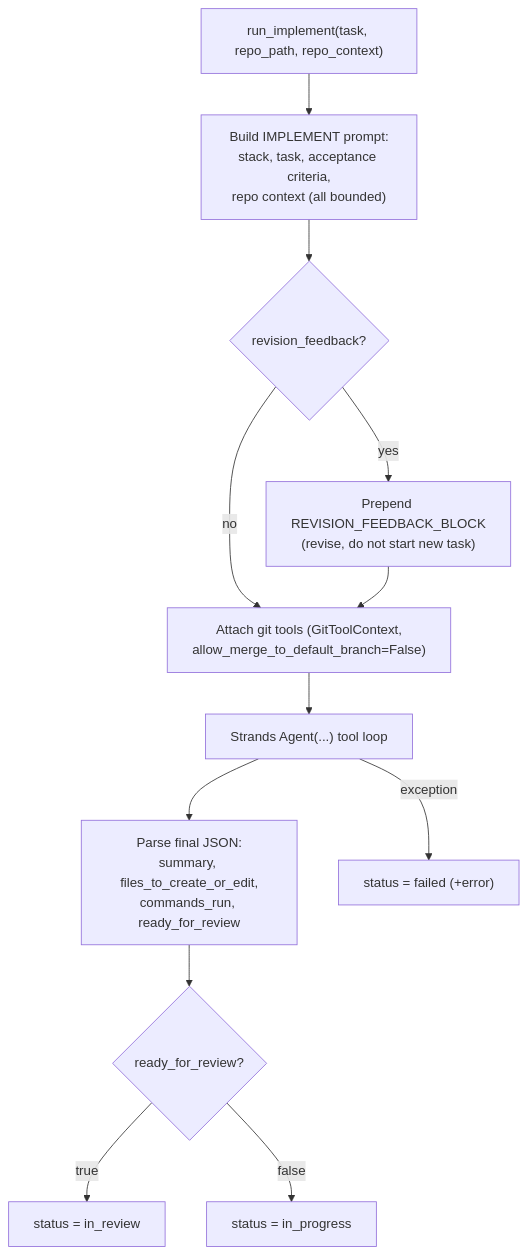
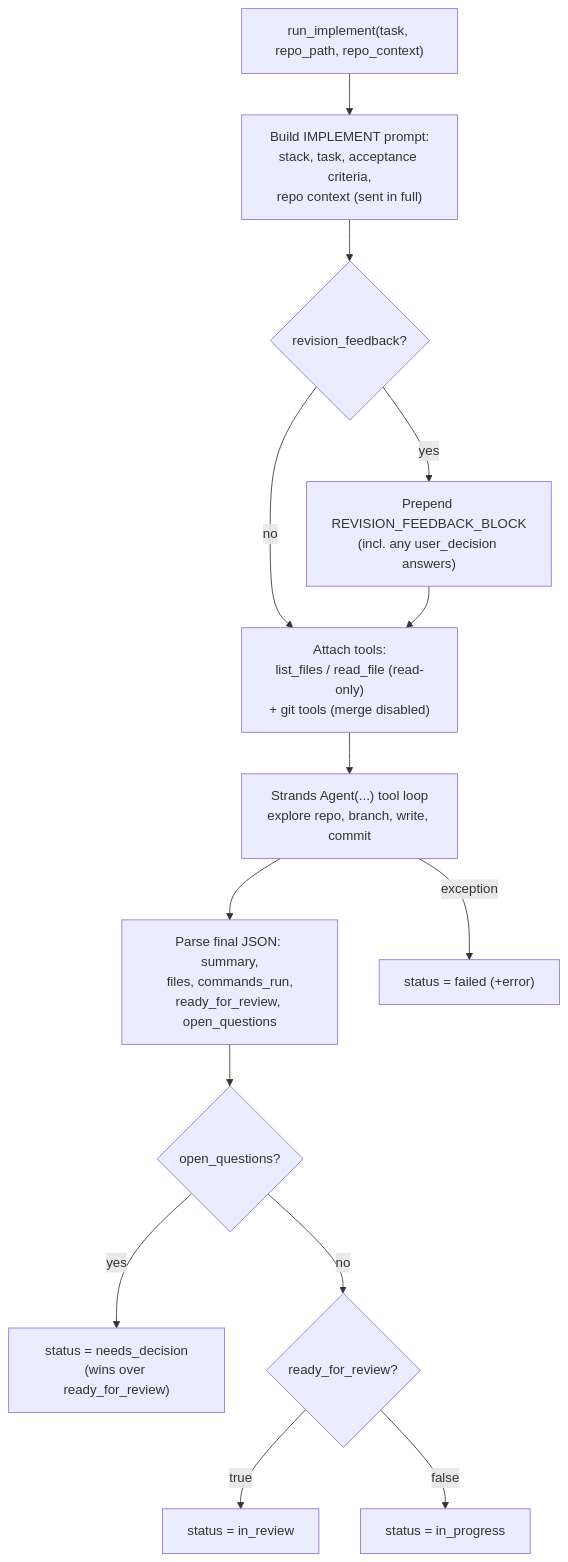
The fifth of 7 diagrams in backend/agents/coding_team/system_design/architecture.md (brandonkindred/Khala-Agentic-AI-Teams), drawn with Mermaid before and after one commit. The commit also changed other lines of this file, not shown here.

First line of the commit message:
docs(coding-team): update architecture for HITL gate, full LLM inputs, repo tools

````diff
--- a/backend/agents/coding_team/system_design/architecture.md
+++ b/backend/agents/coding_team/system_design/architecture.md
@@ -375,14 +450,16 @@
 ```mermaid
 flowchart TD
-    Start["run_implement(task, repo_path, repo_context)"] --> Build["Build IMPLEMENT prompt:<br/>stack, task, acceptance criteria,<br/>repo context (all bounded)"]
+    Start["run_implement(task, repo_path, repo_context)"] --> Build["Build IMPLEMENT prompt:<br/>stack, task, acceptance criteria,<br/>repo context (sent in full)"]
     Build --> Feedback{"revision_feedback?"}
-    Feedback -->|yes| Prepend["Prepend REVISION_FEEDBACK_BLOCK<br/>(revise, do not start new task)"]
+    Feedback -->|yes| Prepend["Prepend REVISION_FEEDBACK_BLOCK<br/>(incl. any user_decision answers)"]
     Feedback -->|no| Tools
-    Prepend --> Tools["Attach git tools (GitToolContext,<br/>allow_merge_to_default_branch=False)"]
-    Tools --> Call["Strands Agent(...) tool loop"]
-    Call --> Parse["Parse final JSON:<br/>summary, files_to_create_or_edit,<br/>commands_run, ready_for_review"]
-    Parse --> Out{"ready_for_review?"}
+    Prepend --> Tools["Attach tools:<br/>list_files / read_file (read-only)<br/>+ git tools (merge disabled)"]
+    Tools --> Call["Strands Agent(...) tool loop<br/>explore repo, branch, write, commit"]
+    Call --> Parse["Parse final JSON: summary,<br/>files, commands_run,<br/>ready_for_review, open_questions"]
+    Parse --> Q{"open_questions?"}
+    Q -->|yes| Decide["status = needs_decision<br/>(wins over ready_for_review)"]
+    Q -->|no| Out{"ready_for_review?"}
     Out -->|true| Review["status = in_review"]
     Out -->|false| Prog["status = in_progress"]
     Call -->|exception| Fail["status = failed (+error)"]
 ```
````
